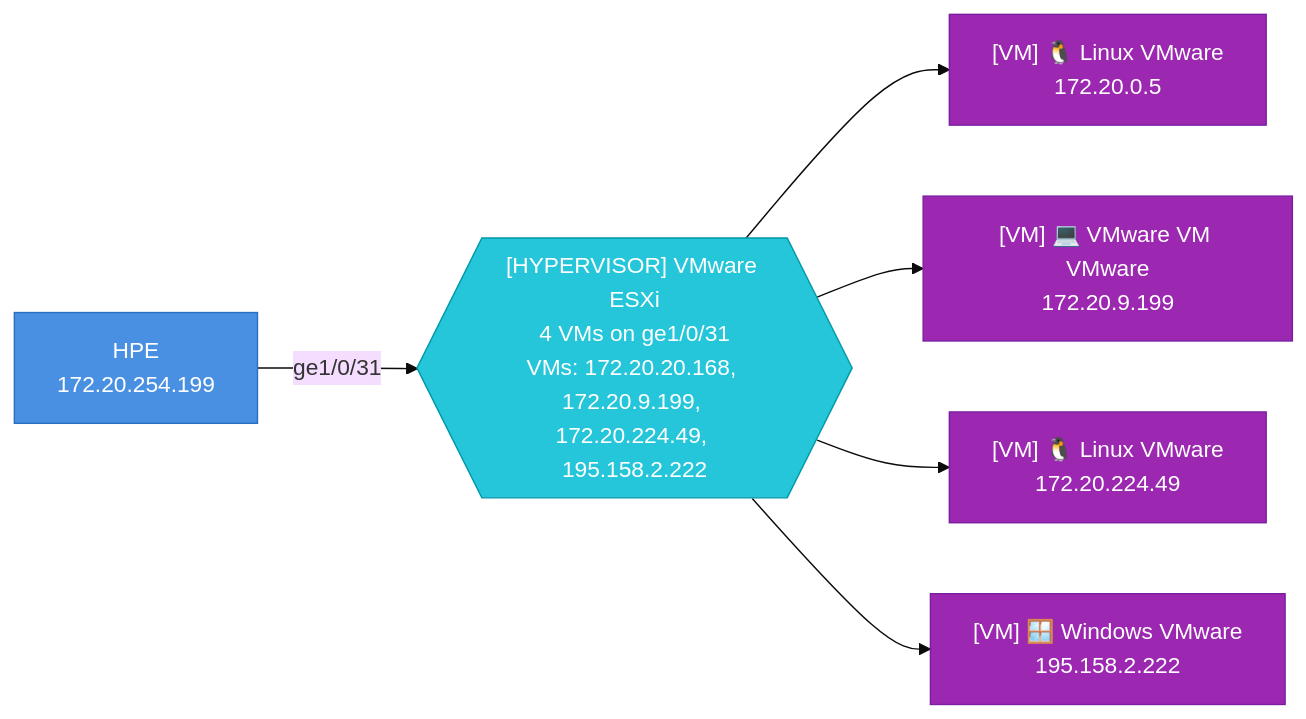
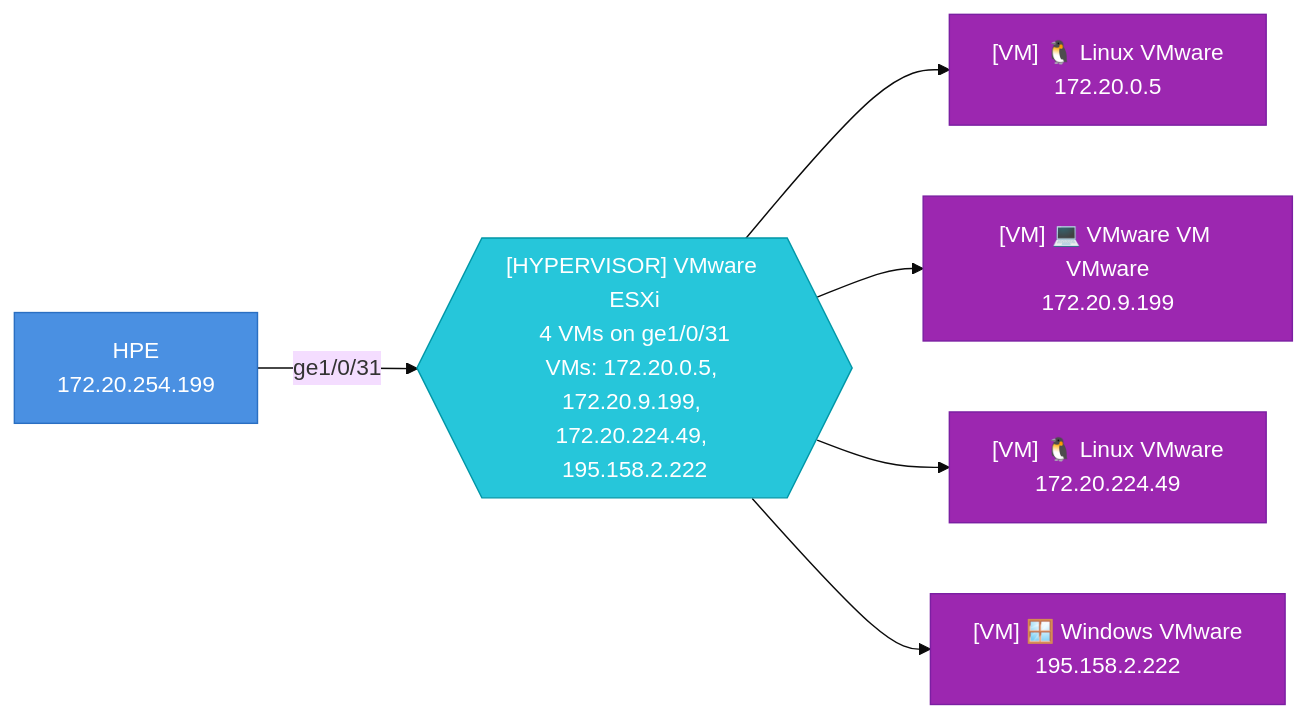
Before and after one commit to djamic/LLDP-Skanner-Go: diagram 43 of 47 in testdata/golden/audit_default.md, drawn with Mermaid (base theme). The commit also changed other lines of this file and 11 other files, not shown here.

````diff
--- a/testdata/golden/audit_default.md
+++ b/testdata/golden/audit_default.md
@@ -2611,20 +2611,20 @@
 ```mermaid
 graph LR
-  hyp_4caea327864a_ge1_0_31{{"[HYPERVISOR] VMware ESXi<br>4 VMs on ge1/0/31<br>VMs: 172.20.20.168, 172.20.9.199, 172.20.224.49, 195.158.2.222"}}
+  hyp_4caea327864a_ge1_0_31{{"[HYPERVISOR] VMware ESXi<br>4 VMs on ge1/0/31<br>VMs: 172.20.0.5, 172.20.9.199, 172.20.224.49, 195.158.2.222"}}
   4caea327864a["HPE<br>172.20.254.199"]
   4caea327864a-- "ge1/0/31" -->hyp_4caea327864a_ge1_0_31
   style 4caea327864a fill:#4A90E2,stroke:#2A6FC2,color:#fff
   000c2922d8af["[VM] 🐧 Linux VMware<br>172.20.0.5"]
   hyp_4caea327864a_ge1_0_31-->000c2922d8af
   style 000c2922d8af fill:#9C27B0,stroke:#7B1FA2,color:#fff
   000c29885a31["[VM] 💻 VMware VM VMware<br>172.20.9.199"]
   hyp_4caea327864a_ge1_0_31-->000c29885a31
   style 000c29885a31 fill:#9C27B0,stroke:#7B1FA2,color:#fff
   000c29c6ef90["[VM] 🐧 Linux VMware<br>172.20.224.49"]
   hyp_4caea327864a_ge1_0_31-->000c29c6ef90
   style 000c29c6ef90 fill:#9C27B0,stroke:#7B1FA2,color:#fff
   000c29c6ef9a["[VM] 🪟 Windows VMware<br>195.158.2.222"]
   hyp_4caea327864a_ge1_0_31-->000c29c6ef9a
   style 000c29c6ef9a fill:#9C27B0,stroke:#7B1FA2,color:#fff
   style hyp_4caea327864a_ge1_0_31 fill:#26C6DA,stroke:#0097A7,color:#fff
 ```
````
